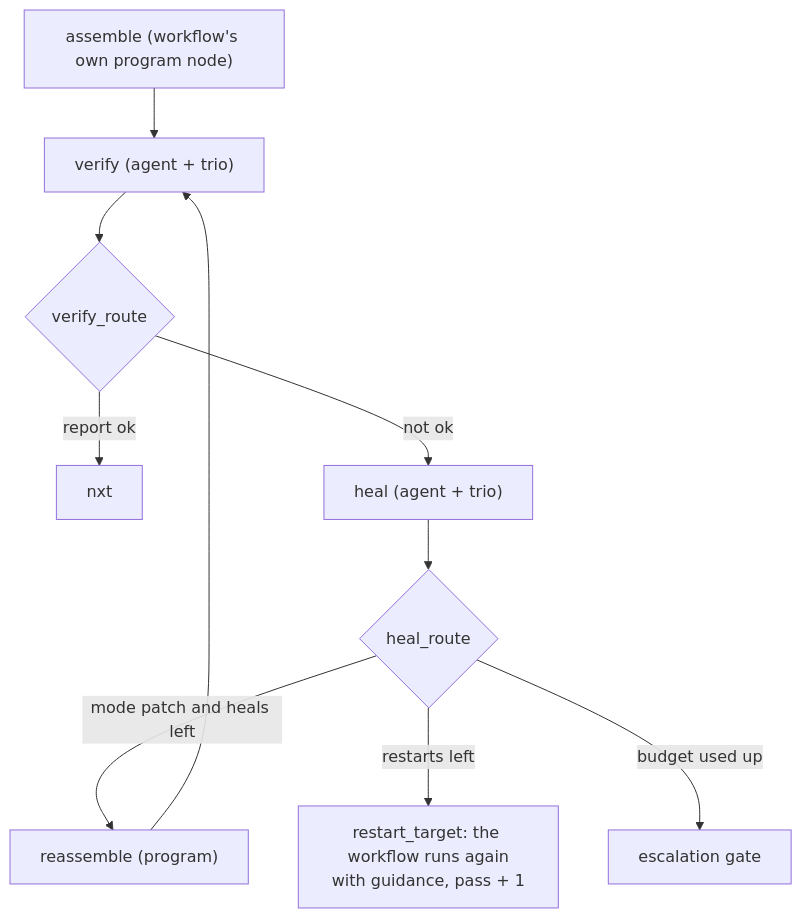
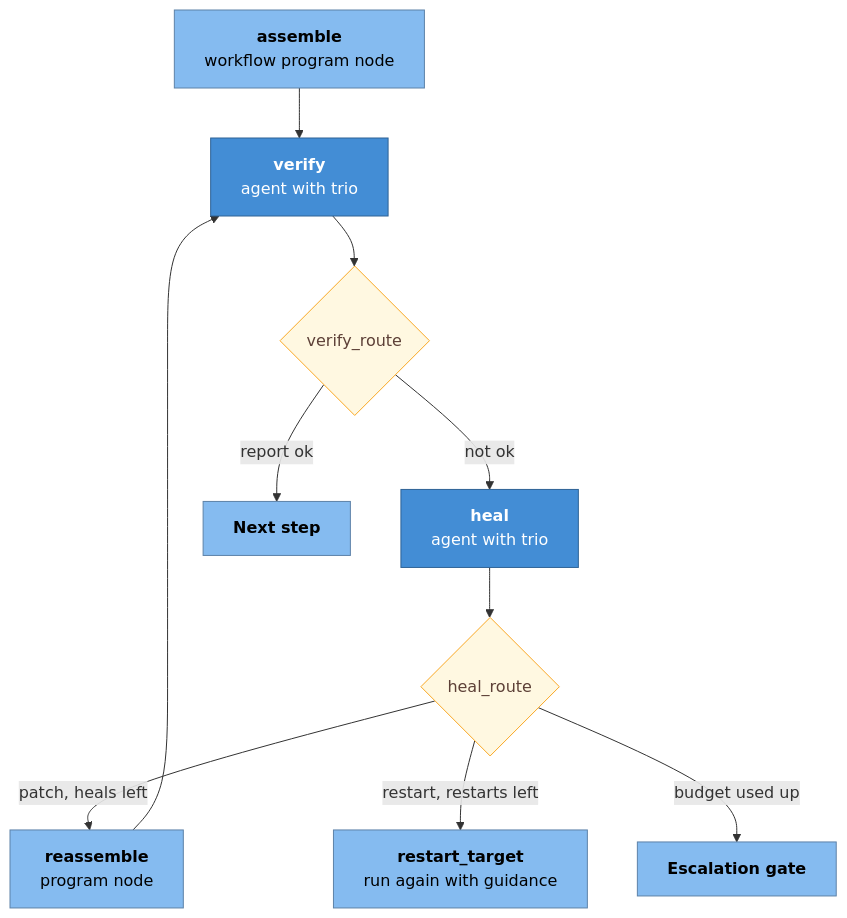
One commit to ram-020998/project-tracker changed the fourth of 4 diagrams in genesis/architecture/modules/core-engine.md. Above: the diagram before and after it, drawn with Mermaid. The commit also changed other lines of this file and 24 other files, not shown here.

First line of the commit message:
architecture: rewrite all 86 Mermaid diagrams to one C4 style, each render-checked

````diff
--- a/genesis/architecture/modules/core-engine.md
+++ b/genesis/architecture/modules/core-engine.md
@@ -285,11 +304,26 @@
 ```mermaid
 flowchart TB
-    ASM["assemble (workflow's own program node)"] --> VER["verify (agent + trio)"]
-    VER --> VR{"verify_route"}
-    VR -- "report ok" --> NXT["nxt"]
-    VR -- "not ok" --> HEAL["heal (agent + trio)"]
-    HEAL --> HR{"heal_route"}
-    HR -- "mode patch and heals left" --> RE["reassemble (program)"] --> VER
-    HR -- "restarts left" --> RT["restart_target: the workflow runs again<br/>with guidance, pass + 1"]
-    HR -- "budget used up" --> G["escalation gate"]
+    asm["<b>assemble</b><br/>workflow program node"]:::proc
+    ver["<b>verify</b><br/>agent with trio"]:::comp
+    vr{"verify_route"}:::note
+    heal["<b>heal</b><br/>agent with trio"]:::comp
+    hr{"heal_route"}:::note
+    re["<b>reassemble</b><br/>program node"]:::proc
+    rt["<b>restart_target</b><br/>run again with guidance"]:::proc
+    nxt["<b>Next step</b>"]:::proc
+    gate["<b>Escalation gate</b>"]:::proc
+    asm --> ver --> vr
+    vr -- "report ok" --> nxt
+    vr -- "not ok" --> heal --> hr
+    hr -- "patch, heals left" --> re
+    re --> ver
+    hr -- "restart, restarts left" --> rt
+    hr -- "budget used up" --> gate
+    classDef person fill:#08427b,stroke:#052e56,color:#ffffff
+    classDef core fill:#1168bd,stroke:#0b4884,color:#ffffff
+    classDef comp fill:#438dd5,stroke:#2e6295,color:#ffffff
+    classDef proc fill:#85bbf0,stroke:#5d82a8,color:#000000
+    classDef ext fill:#999999,stroke:#6b6b6b,color:#ffffff
+    classDef data fill:#f5f5f5,stroke:#616161,color:#212121
+    classDef note fill:#fff8e1,stroke:#f9a825,color:#5d4037
 ```
````
